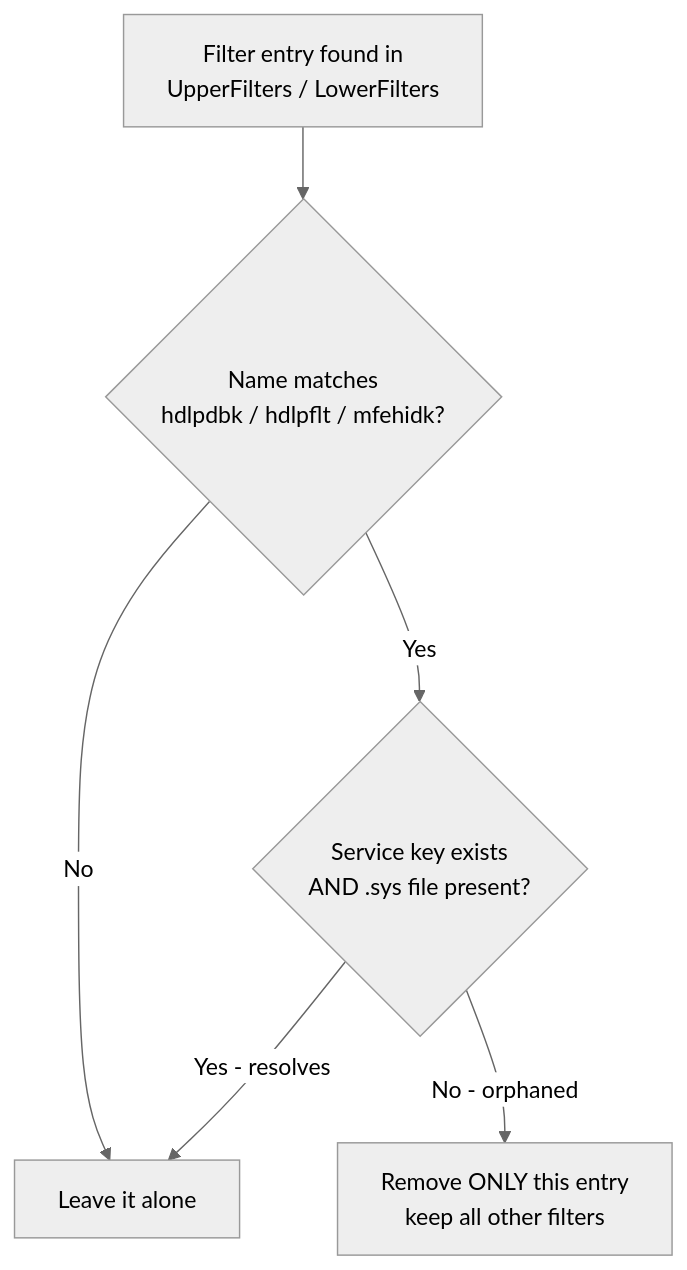
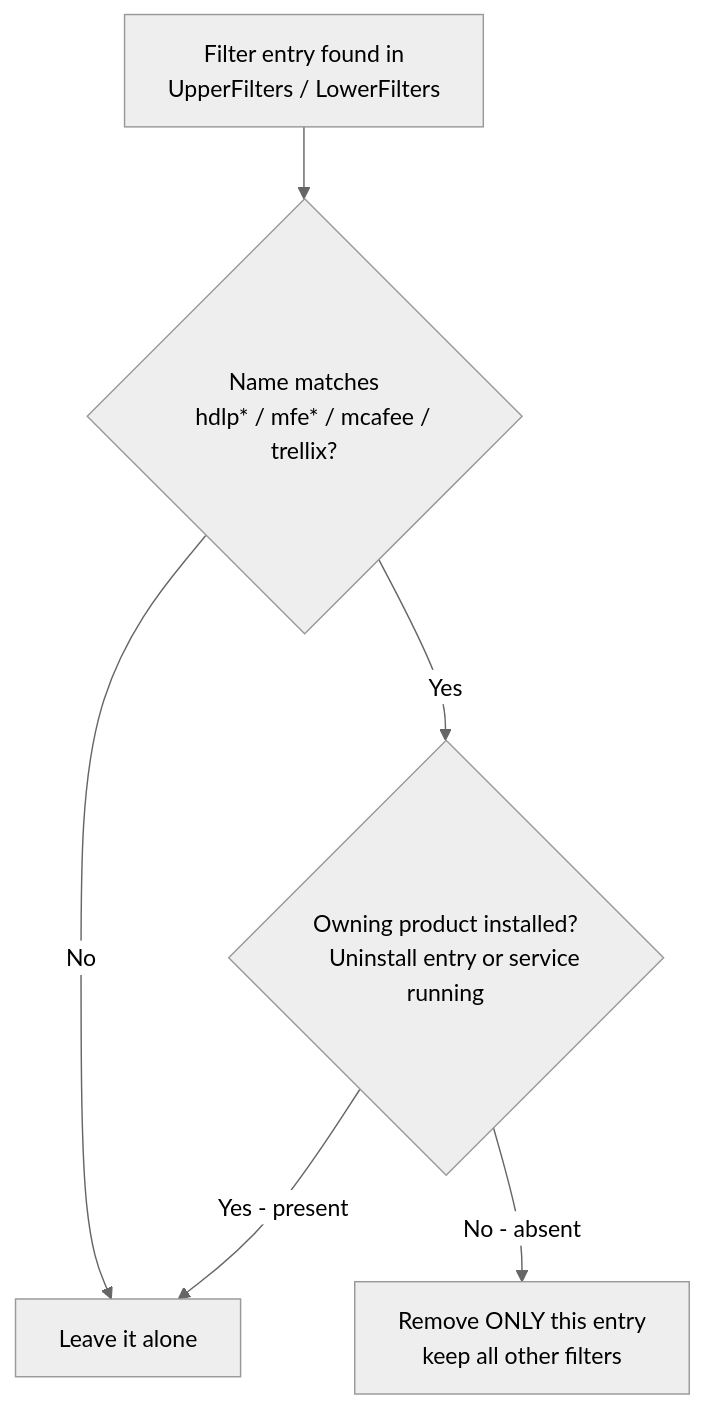
One commit to 8bits1beard-io/Trellex-Cleanup changed the fourth of 4 diagrams in README.md. Above: the diagram before and after it, drawn with Mermaid (neutral theme). The commit also changed other lines of this file and 4 other files, not shown here.

````diff
--- a/README.md
+++ b/README.md
@@ -172,12 +183,12 @@
 ```mermaid
 flowchart TD
     A[Filter entry found in
     UpperFilters / LowerFilters] --> B{Name matches
-    hdlpdbk / hdlpflt / mfehidk?}
+    hdlp* / mfe* / mcafee / trellix?}
     B -->|No| K[Leave it alone]
-    B -->|Yes| C{Service key exists
-    AND .sys file present?}
-    C -->|Yes - resolves| K
-    C -->|No - orphaned| R[Remove ONLY this entry
+    B -->|Yes| C{Owning product installed?
+    Uninstall entry or service running}
+    C -->|Yes - present| K
+    C -->|No - absent| R[Remove ONLY this entry
     keep all other filters]
 ```
````
